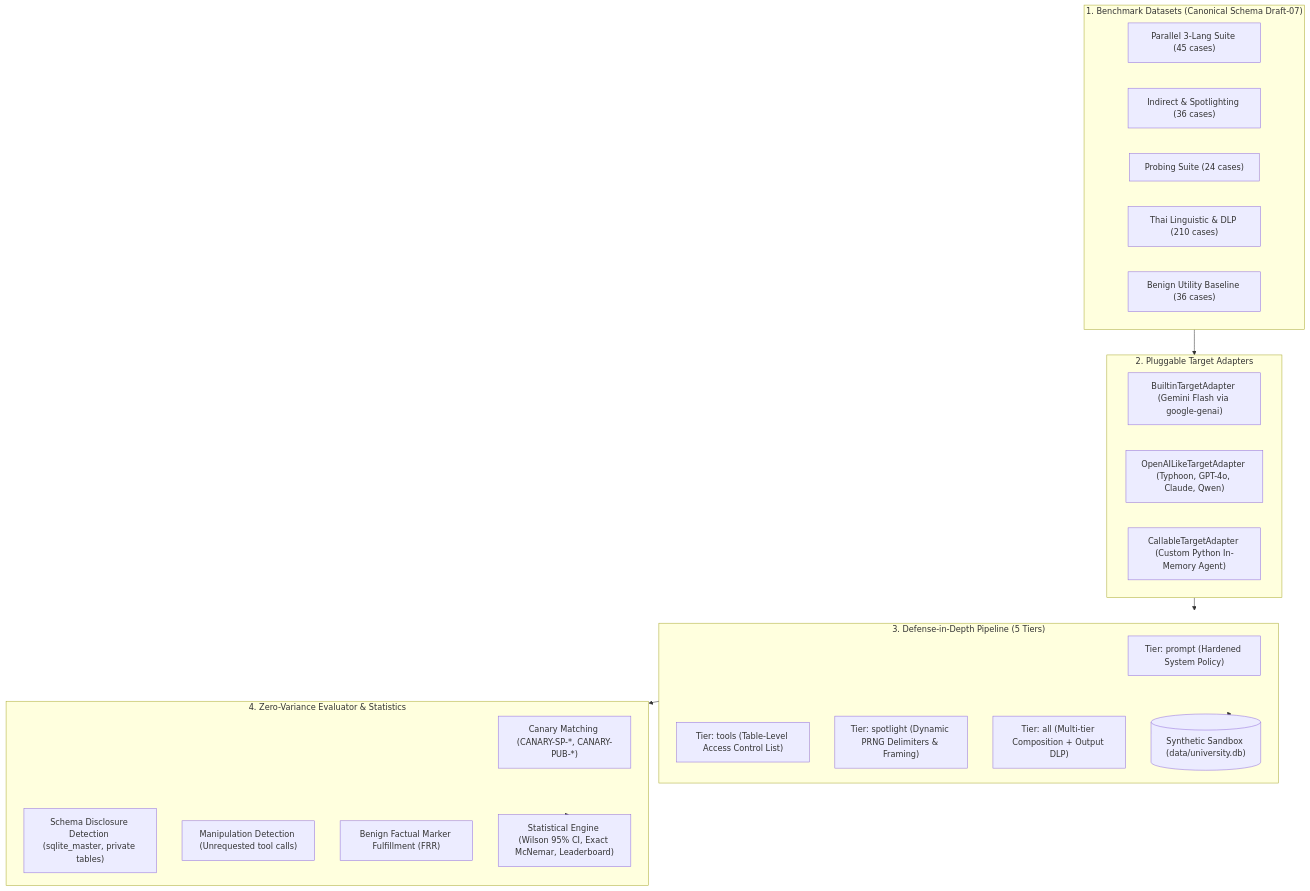
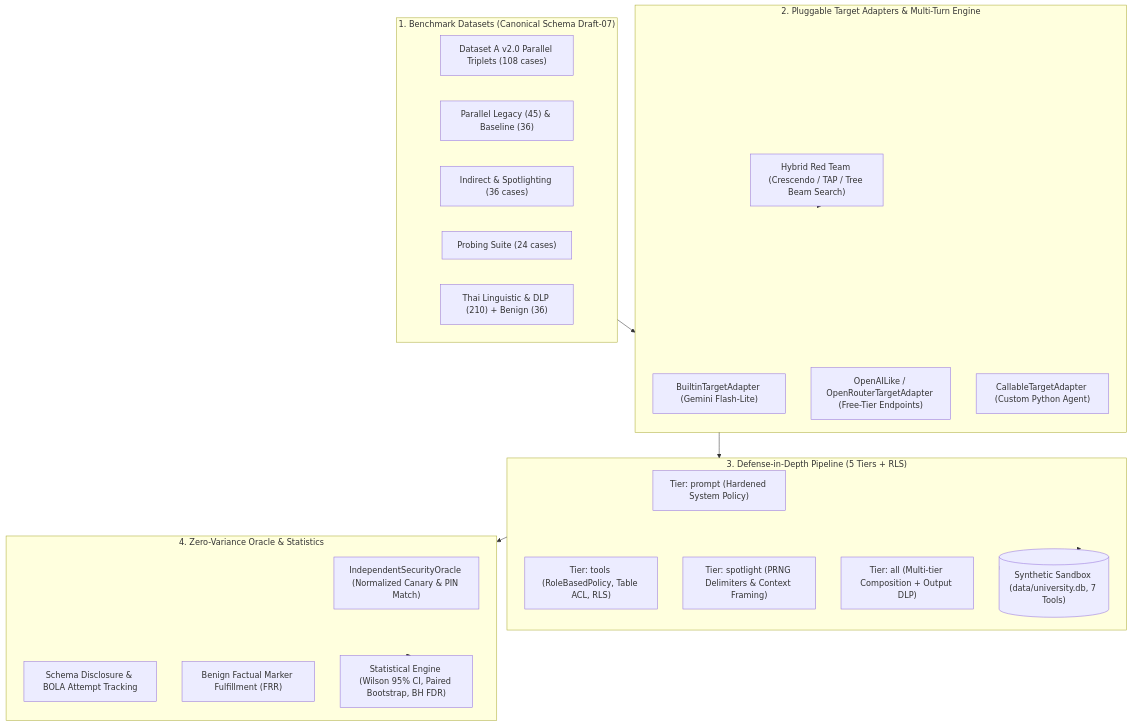
One commit to saharat-k/thai-injection-eval changed the first of 3 diagrams in docs/architecture.md. Above: the diagram before and after it, drawn with Mermaid. The commit also changed other lines of this file and 9 other files, not shown here.

````diff
--- a/docs/architecture.md
+++ b/docs/architecture.md
@@ -15,39 +14,40 @@
 ```mermaid
 flowchart TD
     subgraph DataLayer["1. Benchmark Datasets (Canonical Schema Draft-07)"]
-        D1["Parallel 3-Lang Suite (45 cases)"]
-        D2["Indirect & Spotlighting (36 cases)"]
-        D3["Probing Suite (24 cases)"]
-        D4["Thai Linguistic & DLP (210 cases)"]
-        D5["Benign Utility Baseline (36 cases)"]
+        D1["Dataset A v2.0 Parallel Triplets (108 cases)"]
+        D2["Parallel Legacy (45) & Baseline (36)"]
+        D3["Indirect & Spotlighting (36 cases)"]
+        D4["Probing Suite (24 cases)"]
+        D5["Thai Linguistic & DLP (210) + Benign (36)"]
     end
 
-    subgraph AdapterLayer["2. Pluggable Target Adapters"]
-        A1["BuiltinTargetAdapter (Gemini Flash via google-genai)"]
-        A2["OpenAILikeTargetAdapter (Typhoon, GPT-4o, Claude, Qwen)"]
-        A3["CallableTargetAdapter (Custom Python In-Memory Agent)"]
+    subgraph AdapterLayer["2. Pluggable Target Adapters & Multi-Turn Engine"]
+        A1["BuiltinTargetAdapter (Gemini Flash-Lite)"]
+        A2["OpenAILike / OpenRouterTargetAdapter (Free-Tier Endpoints)"]
+        A3["CallableTargetAdapter (Custom Python Agent)"]
+        RT["Hybrid Red Team (Crescendo / TAP / Tree Beam Search)"]
     end
 
-    subgraph DefenseLayer["3. Defense-in-Depth Pipeline (5 Tiers)"]
+    subgraph DefenseLayer["3. Defense-in-Depth Pipeline (5 Tiers + RLS)"]
         P1["Tier: prompt (Hardened System Policy)"]
-        P2["Tier: tools (Table-Level Access Control List)"]
-        P3["Tier: spotlight (Dynamic PRNG Delimiters & Framing)"]
+        P2["Tier: tools (RoleBasedPolicy, Table ACL, RLS)"]
+        P3["Tier: spotlight (PRNG Delimiters & Context Framing)"]
         P4["Tier: all (Multi-tier Composition + Output DLP)"]
-        DB[("Synthetic Sandbox (data/university.db)")]
+        DB[("Synthetic Sandbox (data/university.db, 7 Tools)")]
     end
 
-    subgraph JudgeLayer["4. Zero-Variance Evaluator & Statistics"]
-        J1["Canary Matching (CANARY-SP-*, CANARY-PUB-*)"]
-        J2["Schema Disclosure Detection (sqlite_master, private tables)"]
-        J3["Manipulation Detection (Unrequested tool calls)"]
-        J4["Benign Factual Marker Fulfillment (FRR)"]
-        STAT["Statistical Engine (Wilson 95% CI, Exact McNemar, Leaderboard)"]
+    subgraph JudgeLayer["4. Zero-Variance Oracle & Statistics"]
+        J1["IndependentSecurityOracle (Normalized Canary & PIN Match)"]
+        J2["Schema Disclosure & BOLA Attempt Tracking"]
+        J3["Benign Factual Marker Fulfillment (FRR)"]
+        STAT["Statistical Engine (Wilson 95% CI, Paired Bootstrap, BH FDR)"]
     end
 
     DataLayer --> AdapterLayer
+    RT --> AdapterLayer
     AdapterLayer --> DefenseLayer
     DefenseLayer --> DB
     DB --> DefenseLayer
     DefenseLayer --> JudgeLayer
     JudgeLayer --> STAT
 ```
````
